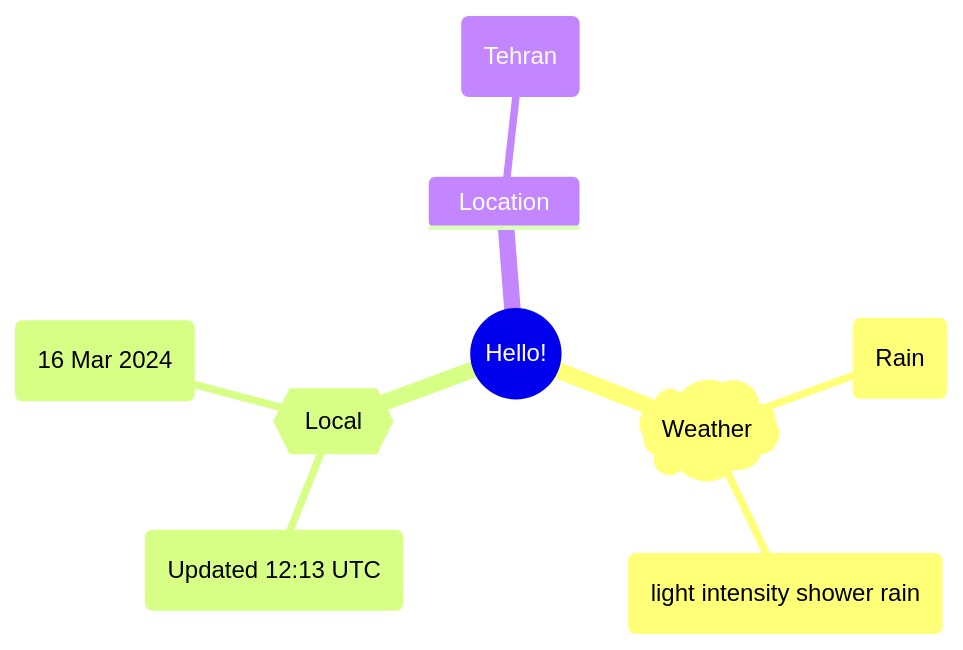
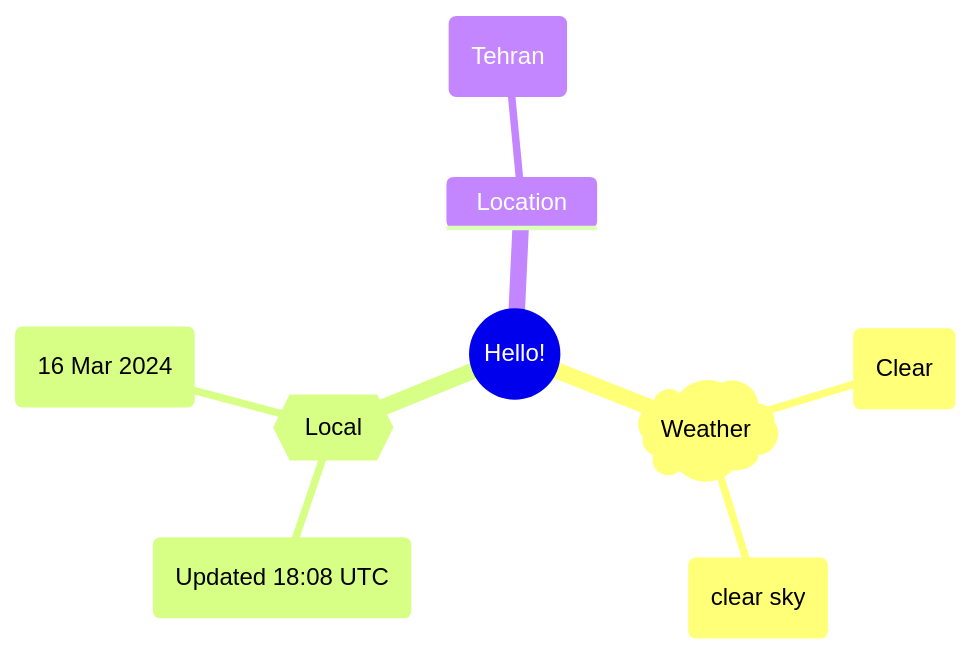
The first of 2 diagrams in README.md (Xosrov/Xosrov), drawn with Mermaid before and after one commit.

Commit message:
[bot] updated images

````diff
--- a/README.md
+++ b/README.md
@@ -3,12 +3,12 @@
 ```mermaid
 mindmap
   root((Hello!))
     )Weather(
-        (Rain)
-        (light intensity shower rain)
+        (Clear)
+        (clear sky)
     {{Local}}
-        (Updated 12:13 UTC)
+        (Updated 18:08 UTC)
         (16 Mar 2024)
     Location
         (Tehran)
 ```
````
